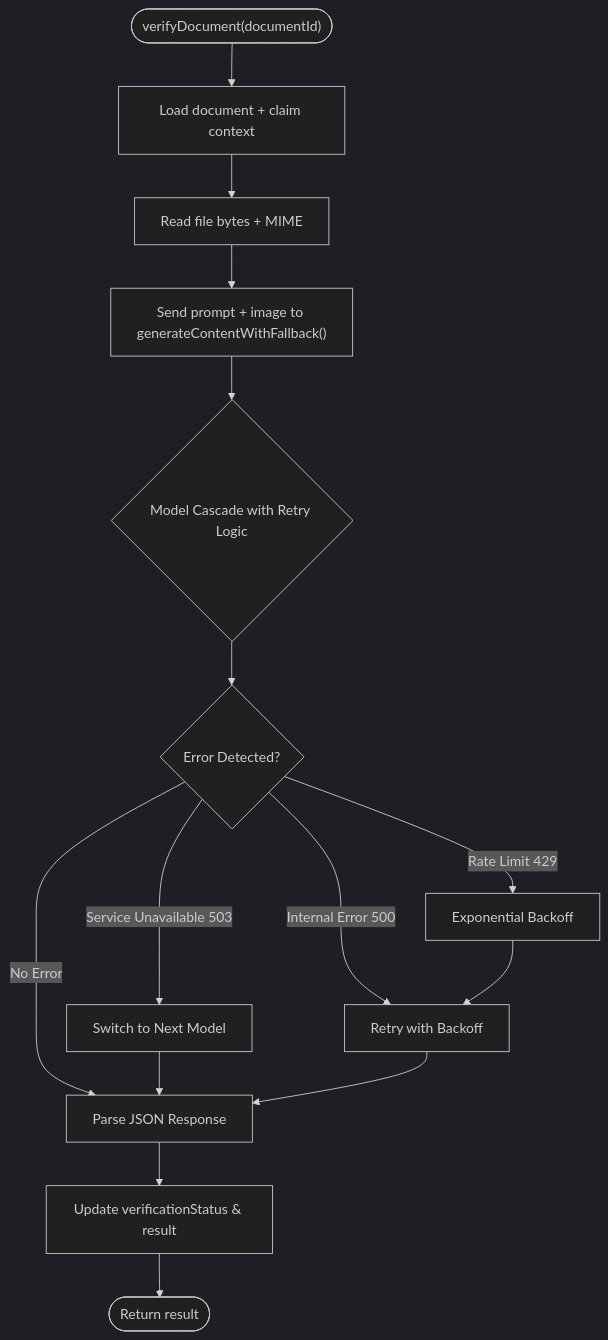
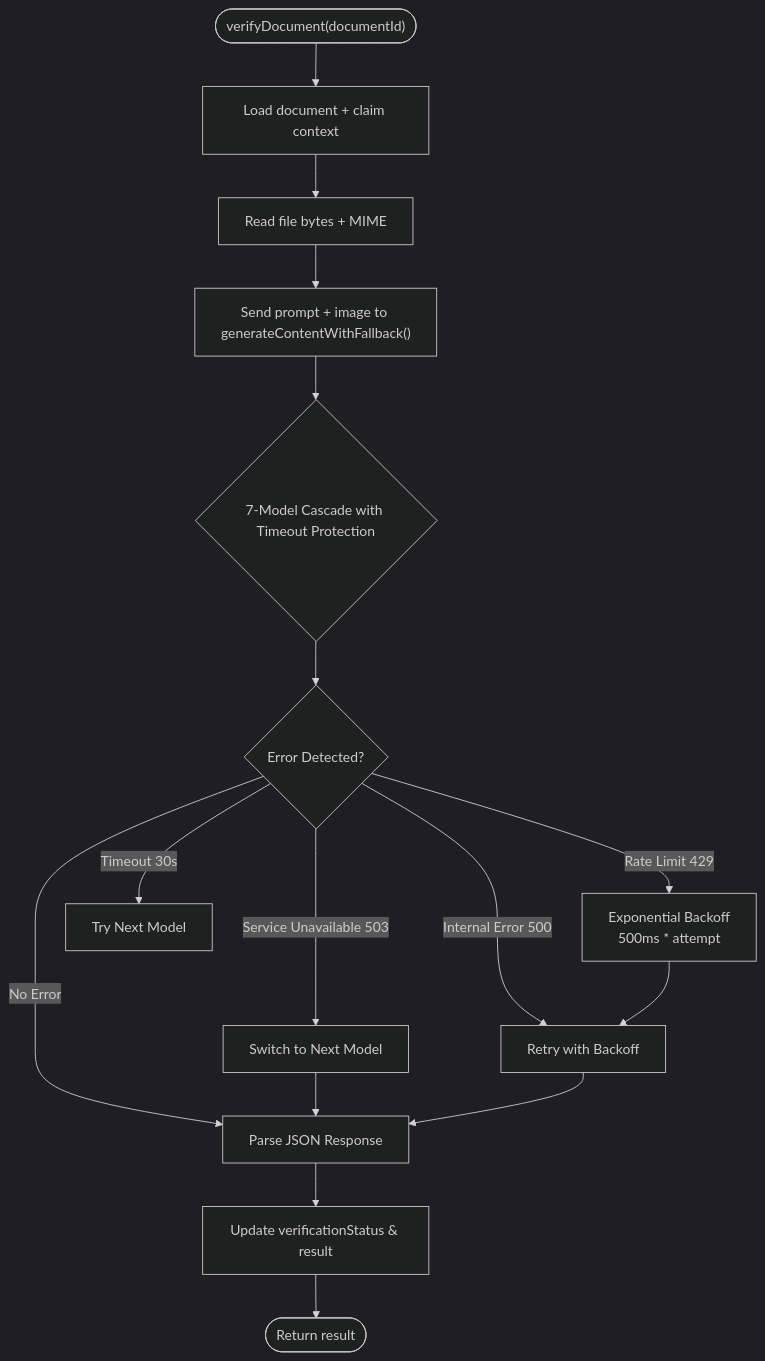
The sixth of 9 diagrams in .qoder/repowiki/en/content/AI Services Integration/AI Services Integration.md (NaveenHiranya/Smart-Vehicle-Insurance-Claim-System), drawn with Mermaid (dark theme) before and after one commit. The commit also changed other lines of this file and 33 other files, not shown here.

````diff
--- a/.qoder/repowiki/en/content/AI Services Integration/AI Services Integration.md
+++ b/.qoder/repowiki/en/content/AI Services Integration/AI Services Integration.md
@@ -219,17 +225,18 @@
 ```mermaid
 flowchart TD
 Start(["verifyDocument(documentId)"]) --> LoadDoc["Load document + claim context"]
 LoadDoc --> ReadFile["Read file bytes + MIME"]
 ReadFile --> Send["Send prompt + image to generateContentWithFallback()"]
-Send --> Cascade{"Model Cascade with Retry Logic"}
+Send --> Cascade{"7-Model Cascade with Timeout Protection"}
 Cascade --> DetectErr{"Error Detected?"}
-DetectErr --> |Rate Limit 429| Backoff["Exponential Backoff"]
+DetectErr --> |Rate Limit 429| Backoff["Exponential Backoff<br/>500ms * attempt"]
 DetectErr --> |Service Unavailable 503| Fallback["Switch to Next Model"]
 DetectErr --> |Internal Error 500| Retry["Retry with Backoff"]
+DetectErr --> |Timeout 30s| NextModel["Try Next Model"]
 DetectErr --> |No Error| Parse["Parse JSON Response"]
 Backoff --> Retry
 Fallback --> Parse
 Retry --> Parse
 Parse --> Update["Update verificationStatus & result"]
 Update --> End(["Return result"])
 ```
````
